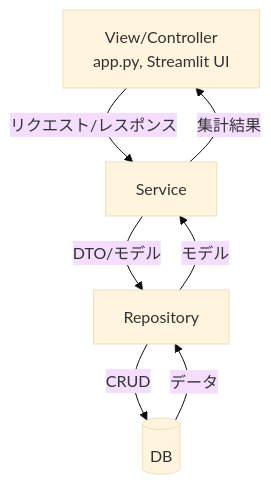
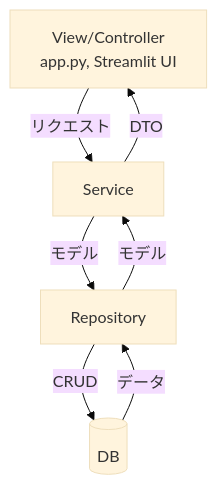
The first of 2 diagrams in documents/IR_Analysis_Roadmap_and_Design.md (Zack-K/ir_analyses), drawn with Mermaid (base theme) before and after one commit. The commit also changed other lines of this file and 1 other file, not shown here.

Commit message:
DTO(DataObject)についての設計を追記

````diff
--- a/documents/IR_Analysis_Roadmap_and_Design.md
+++ b/documents/IR_Analysis_Roadmap_and_Design.md
@@ -122,9 +122,9 @@
 ```mermaid
 graph TD
-   VC[View/Controller<br>app.py, Streamlit UI] -->|リクエスト/レスポンス| SVC[Service]
-   SVC -->|DTO/モデル| REP[Repository]
+   VC[View/Controller<br>app.py, Streamlit UI] -->|リクエスト| SVC[Service]
+   SVC -->|モデル| REP[Repository]
    REP -->|CRUD| DB[(DB)]
    DB -->|データ| REP
    REP -->|モデル| SVC
-   SVC -->|集計結果| VC
+   SVC -->|DTO| VC
 ```
````
